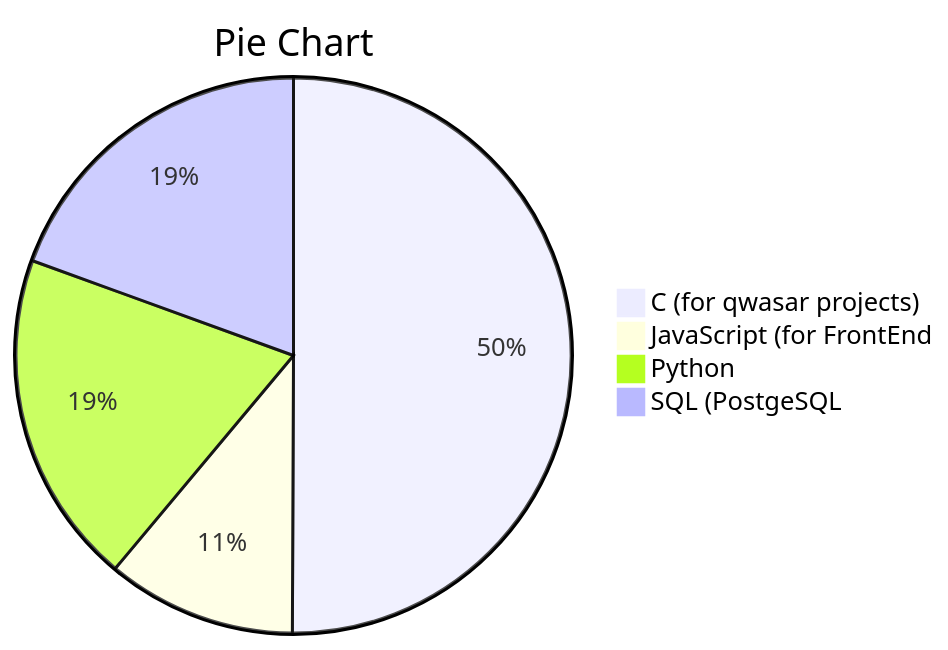
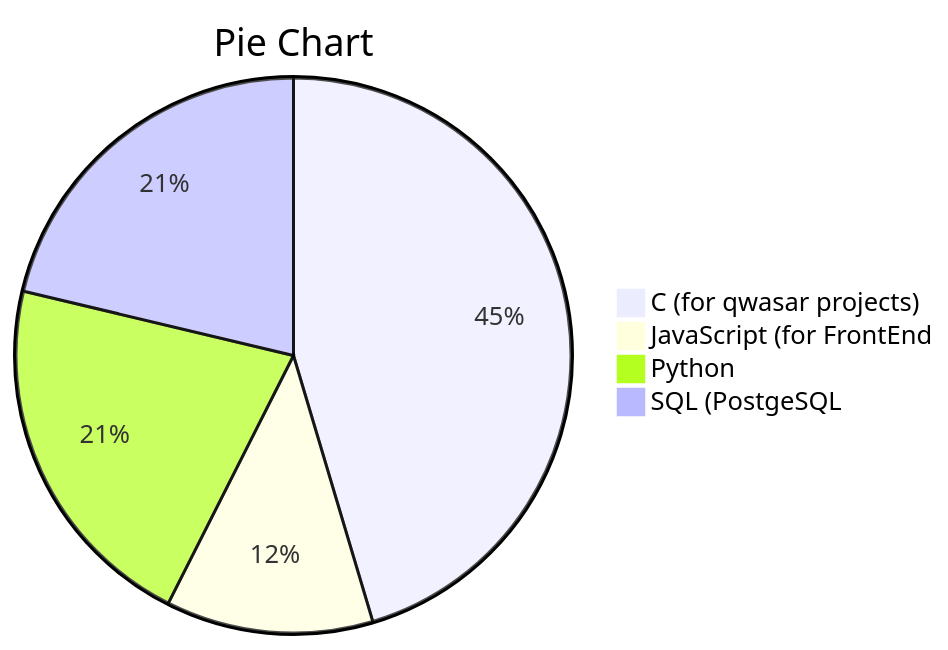
Before and after one commit to holmon-alp/holmon-alp: the diagram in README.md, drawn with Mermaid.

````diff
--- a/README.md
+++ b/README.md
@@ -19,8 +19,8 @@
 ```mermaid
 pie
     title Pie Chart
-    "C (for qwasar projects)" : 386
+    "C (for qwasar projects)" : 320
     "JavaScript (for FrontEnd" : 85
     "Python" : 150
     "SQL (PostgeSQL" : 150
 ```
````
